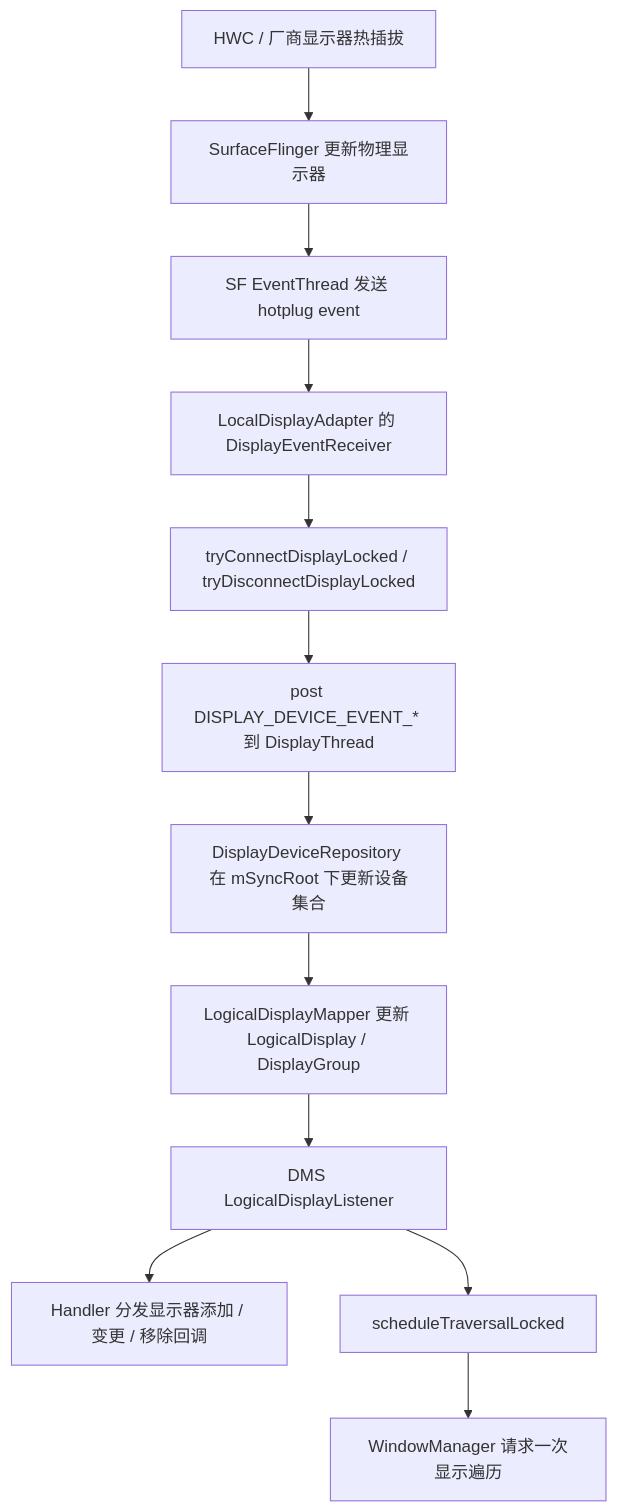
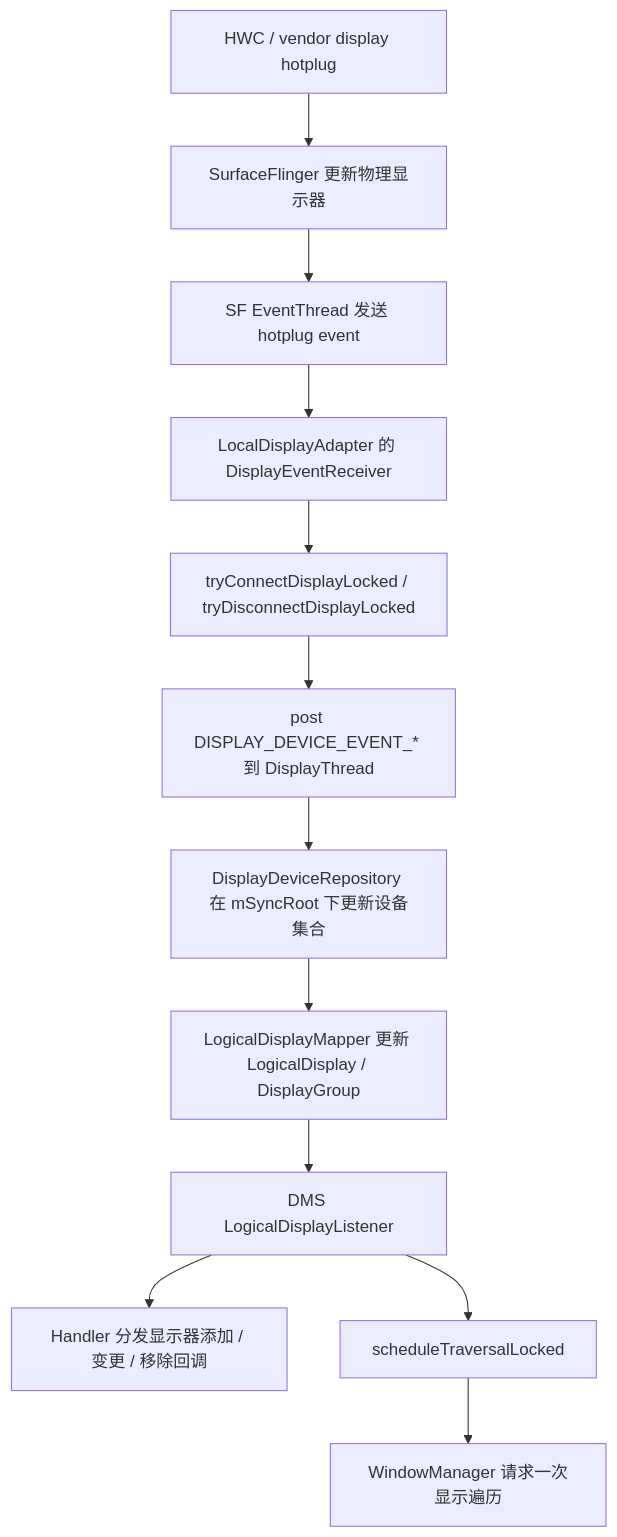
Before and after one commit to Gracker/android-internals-wiki: the second of 3 diagrams in src/part1-fundamentals/ch02-rendering/30-displaymanager-service-lifecycle.md, drawn with Mermaid. The commit also changed other lines of this file and 4 other files, not shown here.

````diff
--- a/src/part1-fundamentals/ch02-rendering/30-displaymanager-service-lifecycle.md
+++ b/src/part1-fundamentals/ch02-rendering/30-displaymanager-service-lifecycle.md
@@ -139,14 +139,14 @@
 ```mermaid
 flowchart TD
-    A["HWC / 厂商显示器热插拔"] --> B["SurfaceFlinger 更新物理显示器"]
+    A["HWC / vendor display hotplug"] --> B["SurfaceFlinger 更新物理显示器"]
     B --> C["SF EventThread 发送 hotplug event"]
     C --> D["LocalDisplayAdapter 的 DisplayEventReceiver"]
     D --> E["tryConnectDisplayLocked / tryDisconnectDisplayLocked"]
     E --> F["post DISPLAY_DEVICE_EVENT_* 到 DisplayThread"]
     F --> G["DisplayDeviceRepository 在 mSyncRoot 下更新设备集合"]
     G --> H["LogicalDisplayMapper 更新 LogicalDisplay / DisplayGroup"]
     H --> I["DMS LogicalDisplayListener"]
     I --> J["Handler 分发显示器添加 / 变更 / 移除回调"]
     I --> K["scheduleTraversalLocked"]
     K --> L["WindowManager 请求一次显示遍历"]
 ```
````
